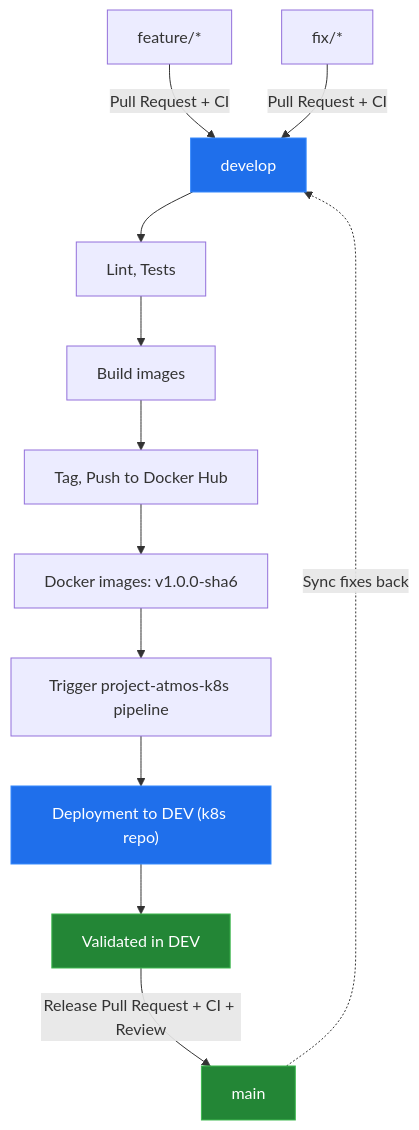
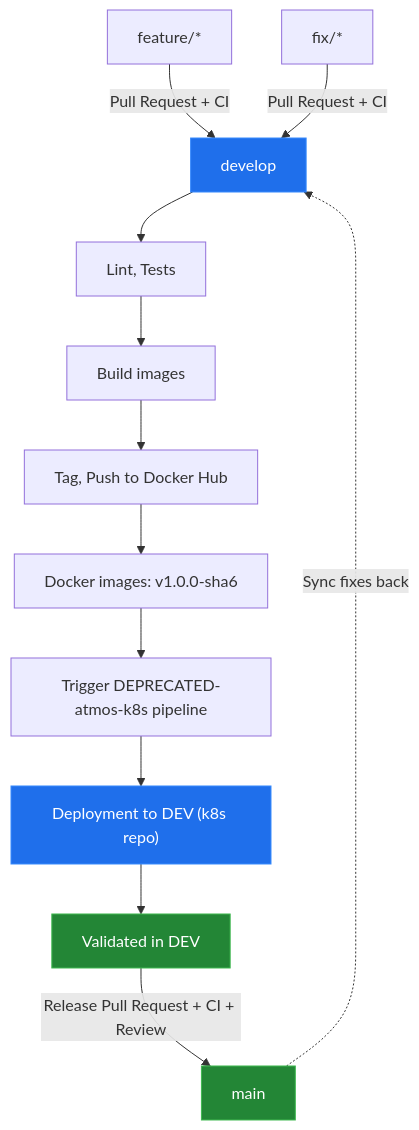
The diagram in docs/cloud/branching-model.md (Kernel-Club/atmos-dev), drawn with Mermaid before and after one commit. The commit also changed other lines of this file and 7 other files, not shown here.

First line of the commit message:
docs: rename Project Atmos to Atmos

````diff
--- a/docs/cloud/branching-model.md
+++ b/docs/cloud/branching-model.md
@@ -118,21 +118,21 @@
 ```mermaid
 flowchart TD
     F["feature/*"] -->|"Pull Request + CI"| D["develop"]
     X["fix/*"] -->|"Pull Request + CI"| D
 
     D --> CI_D["Lint, Tests"]
     CI_D --> BLD_D["Build images"]
     BLD_D --> CD_D["Tag, Push to Docker Hub"]
     CD_D --> IMG_D["Docker images: v1.0.0-sha6"]
-    IMG_D --> TRG["Trigger project-atmos-k8s pipeline"]
+    IMG_D --> TRG["Trigger DEPRECATED-atmos-k8s pipeline"]
     TRG --> DEV["Deployment to DEV (k8s repo)"]
     DEV --> PROD["Validated in DEV"]
 
     PROD -->|"Release Pull Request + CI + Review"| M["main"]
     M -.->|"Sync fixes back"| D
 
     style D fill:#1f6feb,color:#fff,stroke:#388bfd
     style M fill:#238636,color:#fff,stroke:#3fb950
     style DEV fill:#1f6feb,color:#fff,stroke:#388bfd
     style PROD fill:#238636,color:#fff,stroke:#3fb950
 ```
````
